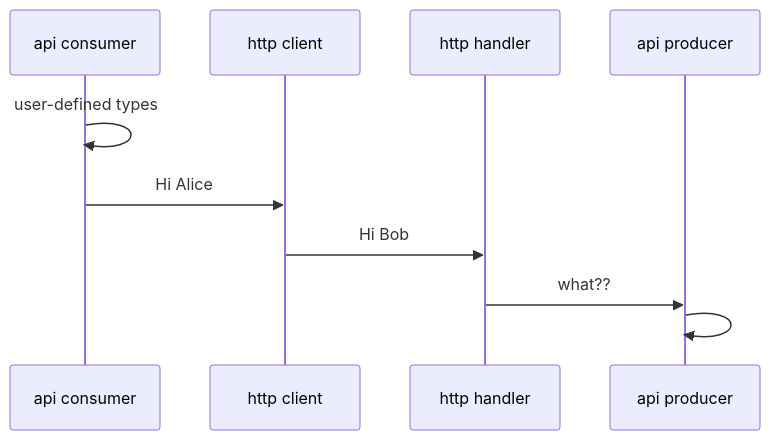
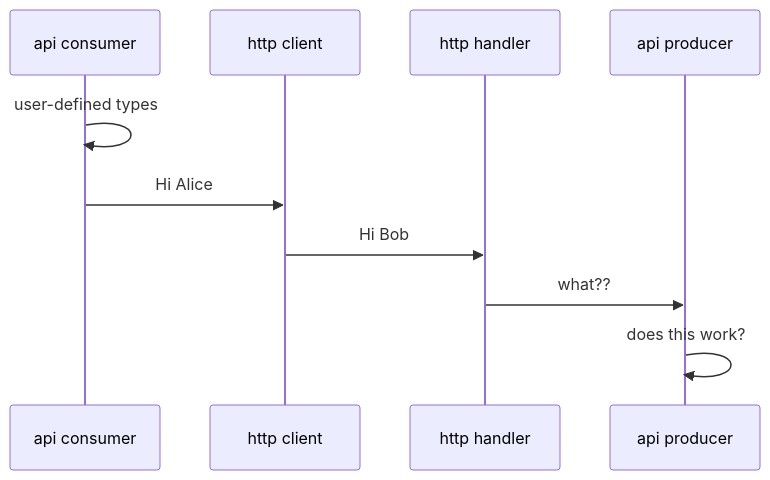
The first of 2 diagrams in docs/architecture.md (OData/odata.net), drawn with Mermaid before and after one commit.

````diff
--- a/docs/architecture.md
+++ b/docs/architecture.md
@@ -221,12 +221,12 @@
 ```mermaid
 sequenceDiagram
     participant api consumer
     participant http client
     participant http handler
     participant api producer
     api consumer->>api consumer: user-defined types
     api consumer->>http client: Hi Alice
     http client->>http handler: Hi Bob
     http handler->>api producer: what??
-    api producer->>api producer:
+    api producer->>api producer: does this work?
 ```
````
